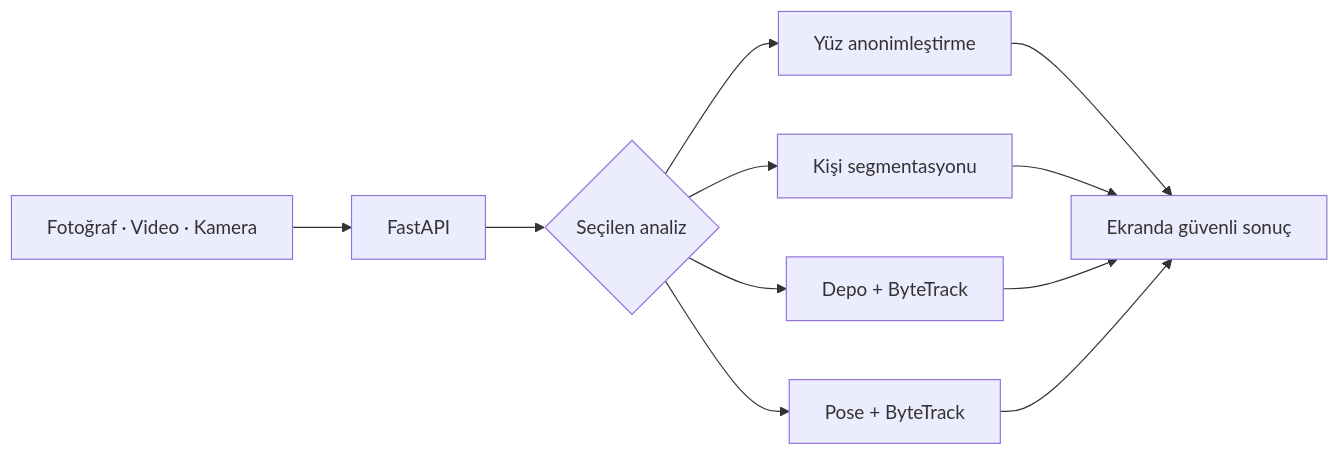
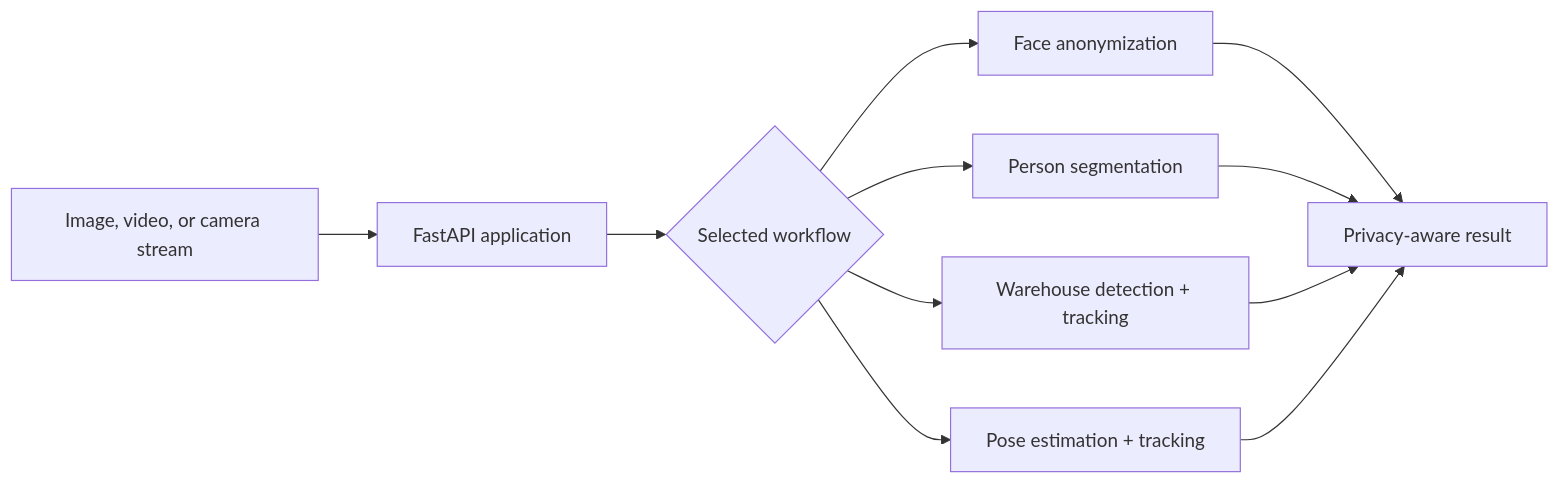
One commit to ranayalcnn/privacy-vision-ai changed the diagram in README.md. Above: the diagram before and after it, drawn with Mermaid. The commit also changed other lines of this file, not shown here.

````diff
--- a/README.md
+++ b/README.md
@@ -45,10 +20,10 @@
 ```mermaid
 flowchart LR
-    A["Fotoğraf · Video · Kamera"] --> B["FastAPI"]
-    B --> C{"Seçilen analiz"}
-    C --> D["Yüz anonimleştirme"]
-    C --> E["Kişi segmentasyonu"]
-    C --> F["Depo + ByteTrack"]
-    C --> G["Pose + ByteTrack"]
-    D & E & F & G --> H["Ekranda güvenli sonuç"]
+    A["Image, video, or camera stream"] --> B["FastAPI application"]
+    B --> C{"Selected workflow"}
+    C --> D["Face anonymization"]
+    C --> E["Person segmentation"]
+    C --> F["Warehouse detection + tracking"]
+    C --> G["Pose estimation + tracking"]
+    D & E & F & G --> H["Privacy-aware result"]
 ```
````
